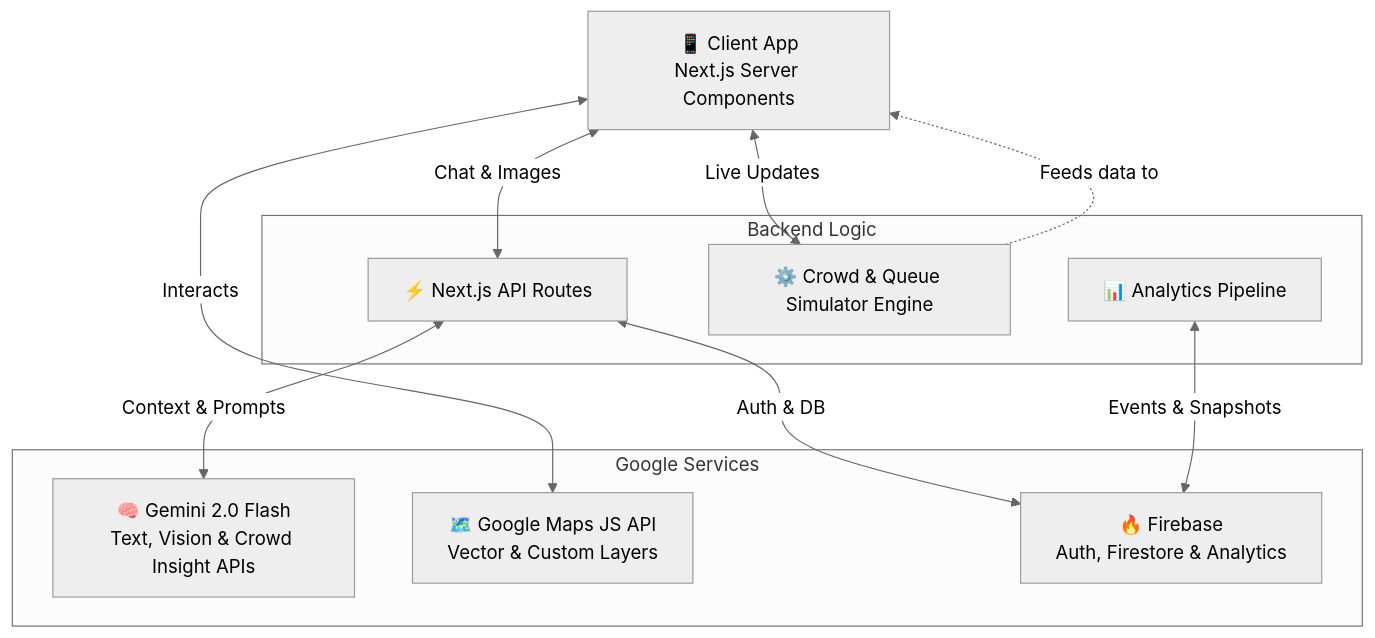
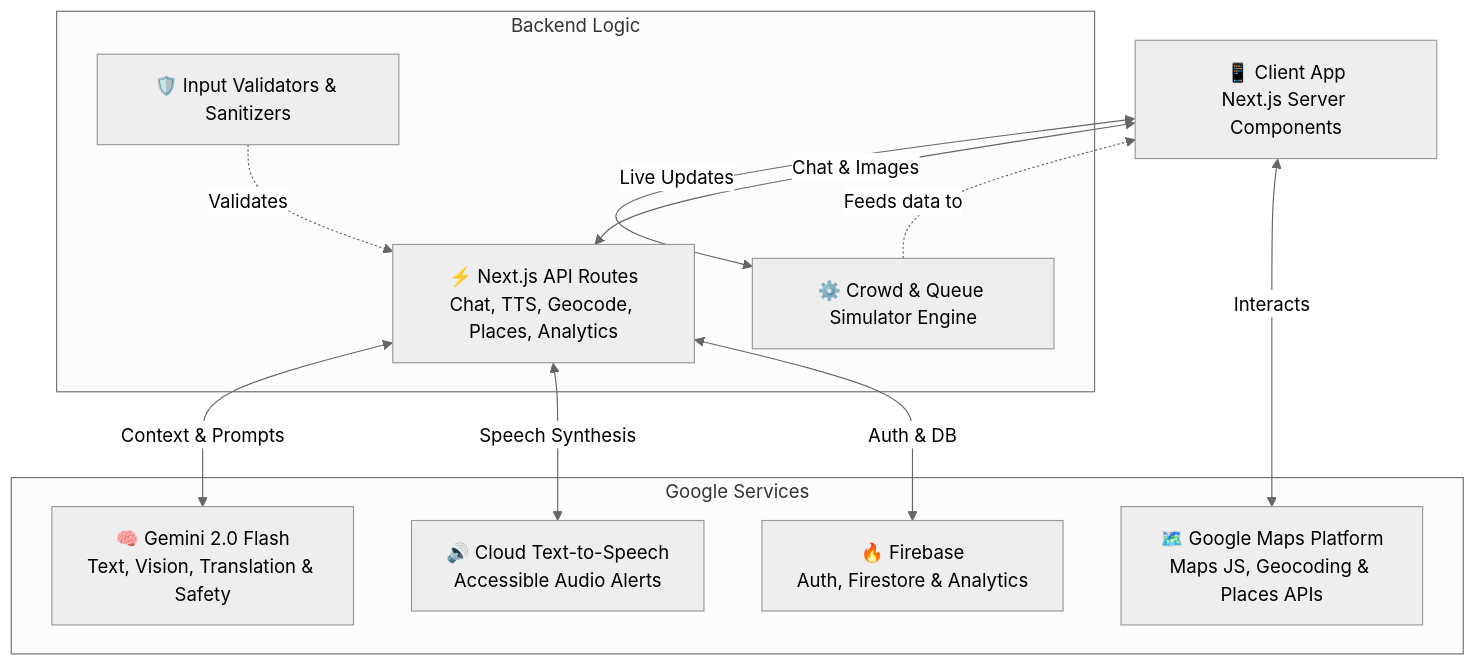
The diagram in README.md (AnuranjanJain/promptwars-stadium-iq), drawn with Mermaid (neutral theme) before and after one commit. The commit also changed other lines of this file and 24 other files, not shown here.

````diff
--- a/README.md
+++ b/README.md
@@ -57,26 +62,28 @@
 ```mermaid
 graph TD
     Client[📱 Client App<br/>Next.js Server Components]
     
     subgraph Google Services
-        Gemini[🧠 Gemini 2.0 Flash<br/>Text, Vision & Crowd Insight APIs]
-        Maps[🗺️ Google Maps JS API<br/>Vector & Custom Layers]
+        Gemini[🧠 Gemini 2.0 Flash<br/>Text, Vision, Translation & Safety]
+        Maps[🗺️ Google Maps Platform<br/>Maps JS, Geocoding & Places APIs]
+        TTS[🔊 Cloud Text-to-Speech<br/>Accessible Audio Alerts]
         Firebase[🔥 Firebase<br/>Auth, Firestore & Analytics]
     end
 
     subgraph Backend Logic
-        API[⚡ Next.js API Routes]
+        API[⚡ Next.js API Routes<br/>Chat, TTS, Geocode, Places, Analytics]
         Sim[⚙️ Crowd & Queue Simulator Engine]
-        Analytics[📊 Analytics Pipeline]
+        Validators[🛡️ Input Validators & Sanitizers]
     end
 
     Client <-->|Live Updates| Sim
     Client <-->|Interacts| Maps
     Client <-->|Chat & Images| API
     
     API <-->|Context & Prompts| Gemini
+    API <-->|Speech Synthesis| TTS
     API <-->|Auth & DB| Firebase
-    Analytics <-->|Events & Snapshots| Firebase
+    Validators -.->|Validates| API
     
     Sim -.->|Feeds data to| Client
 ```
````
